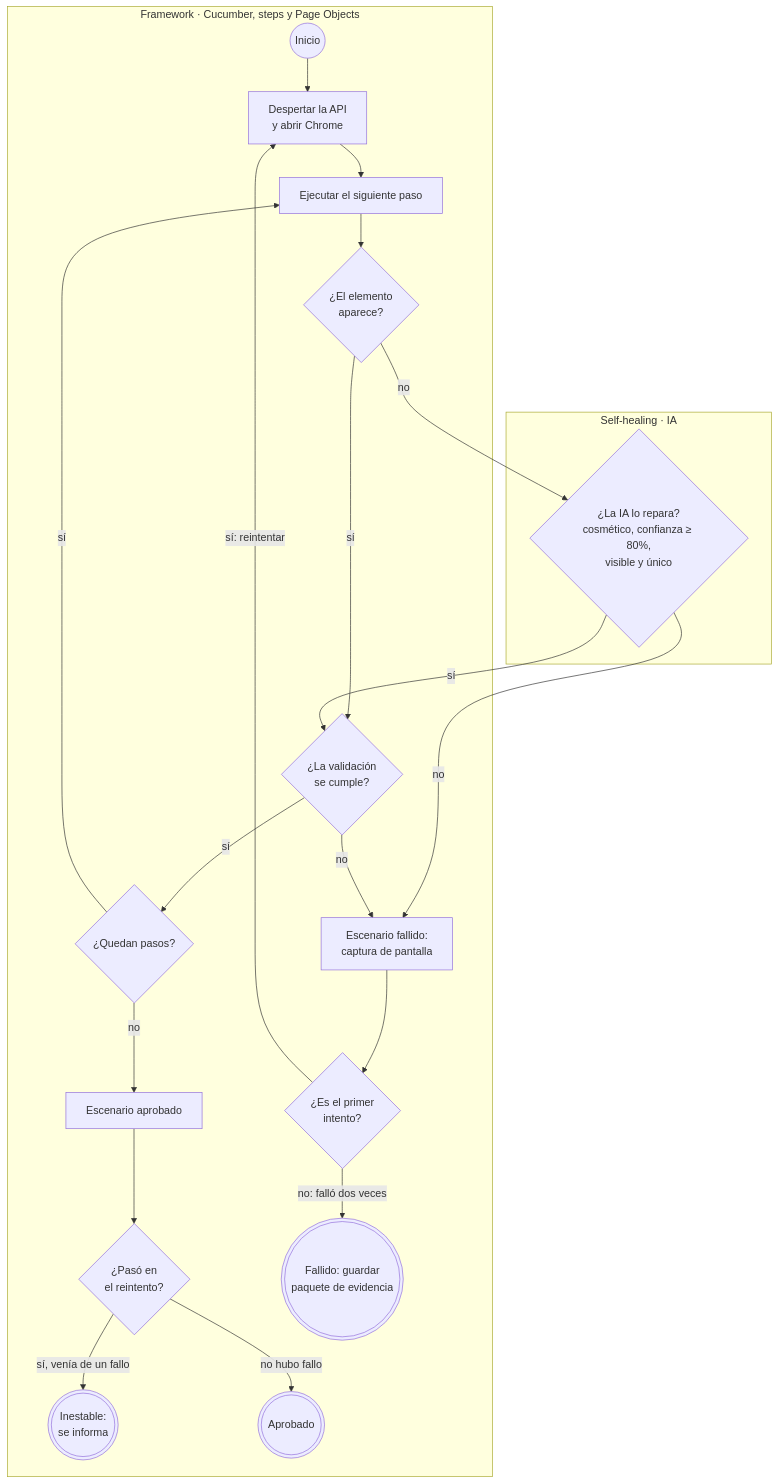
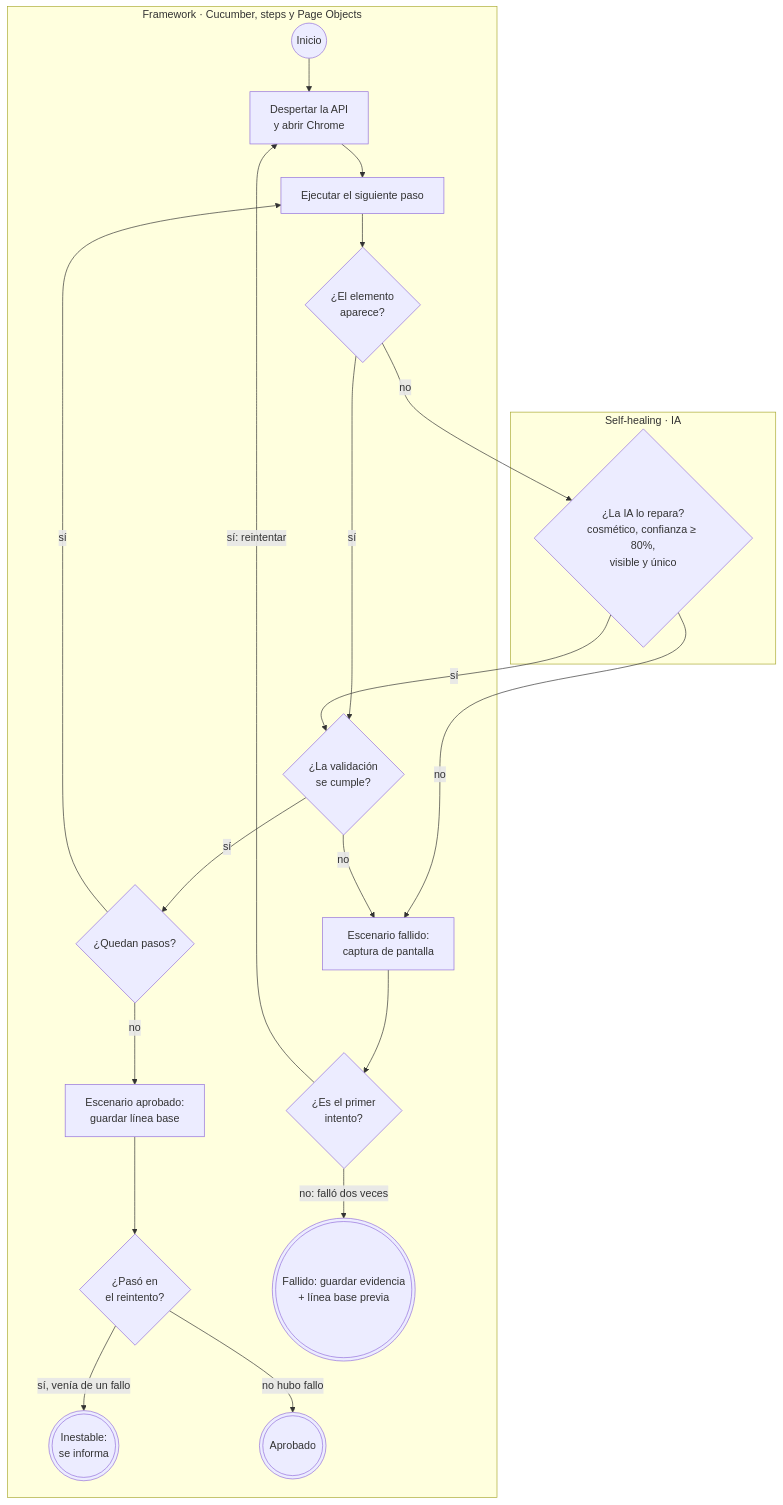
The first of 4 diagrams in README.md (pgp-qa-automation-labs/poc-selenium-cucumber), drawn with Mermaid before and after one commit. The commit also changed other lines of this file and 8 other files, not shown here.

First line of the commit message:
Triage compara cada fallo con la última ejecución exitosa (línea base)

````diff
--- a/README.md
+++ b/README.md
@@ -42,35 +42,35 @@
 ```mermaid
 flowchart TD
     subgraph FW["Framework · Cucumber, steps y Page Objects"]
         INI((Inicio)) --> ANTES["Despertar la API<br/>y abrir Chrome"]
         ANTES --> PASO["Ejecutar el siguiente paso"]
         SEL{"¿El elemento<br/>aparece?"}
         VAL{"¿La validación<br/>se cumple?"}
         MAS{"¿Quedan pasos?"}
-        OK["Escenario aprobado"]
+        OK["Escenario aprobado:<br/>guardar línea base"]
         FALLA["Escenario fallido:<br/>captura de pantalla"]
         REIN{"¿Es el primer<br/>intento?"}
         PASA{"¿Pasó en<br/>el reintento?"}
         INEST(((Inestable:<br/>se informa)))
-        EVI(((Fallido: guardar<br/>paquete de evidencia)))
+        EVI(((Fallido: guardar evidencia<br/>+ línea base previa)))
         FIN(((Aprobado)))
     end
     subgraph SH["Self-healing · IA"]
         REP{"¿La IA lo repara?<br/>cosmético, confianza ≥ 80%,<br/>visible y único"}
     end
     PASO --> SEL
     SEL -->|sí| VAL
     SEL -->|no| REP
     REP -->|sí| VAL
     REP -->|no| FALLA
     VAL -->|sí| MAS
     VAL -->|no| FALLA
     MAS -->|sí| PASO
     MAS -->|no| OK
     OK --> PASA
     PASA -->|"sí, venía de un fallo"| INEST
     PASA -->|"no hubo fallo"| FIN
     FALLA --> REIN
     REIN -->|"sí: reintentar"| ANTES
     REIN -->|"no: falló dos veces"| EVI
 ```
````
